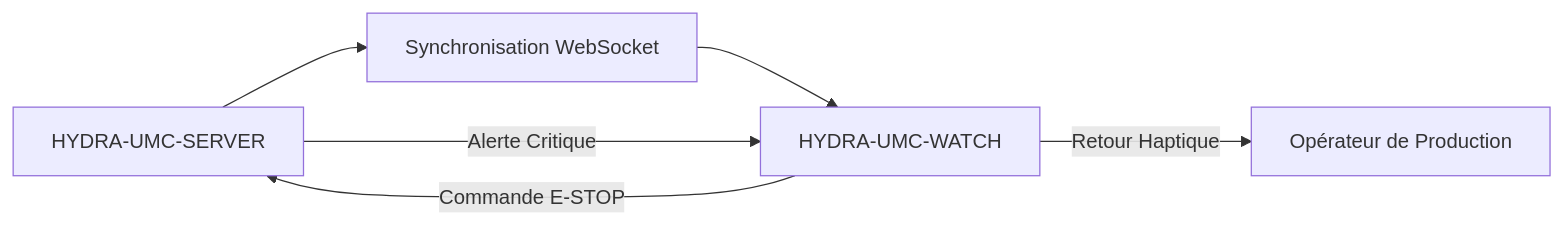
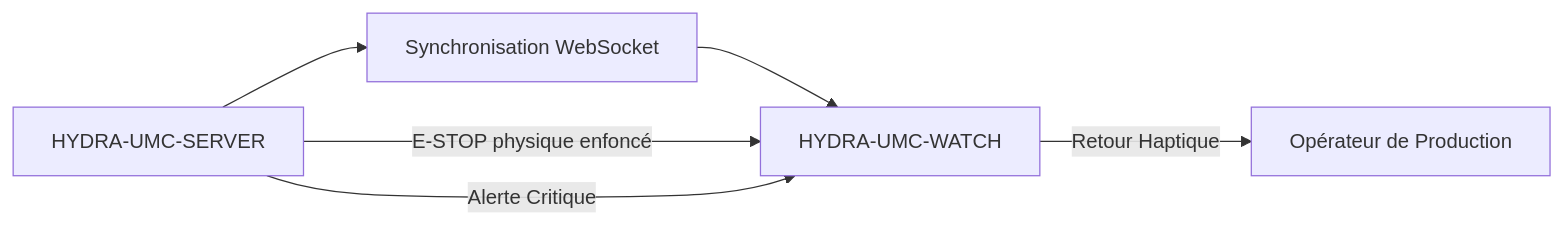
One commit to JuanenRac/HYDRA-UMC-WATCH changed the diagram in README_fra.md. Above: the diagram before and after it, drawn with Mermaid. The commit also changed other lines of this file and 10 other files, not shown here.

Commit message:
Make clear that the watch never stops anything by itself and only confirms or warns of a physical E-STOP

````diff
--- a/README_fra.md
+++ b/README_fra.md
@@ -104,8 +104,8 @@
 ```mermaid
 flowchart LR
     SERVER["HYDRA-UMC-SERVER"] --> WS["Synchronisation WebSocket"]
     WS --> WATCH["HYDRA-UMC-WATCH"]
-    WATCH -- Commande E-STOP --> SERVER
+    SERVER -- E-STOP physique enfoncé --> WATCH
     SERVER -- Alerte Critique --> WATCH
     WATCH -- Retour Haptique --> OPERATOR["Opérateur de Production"]
 ```
````
